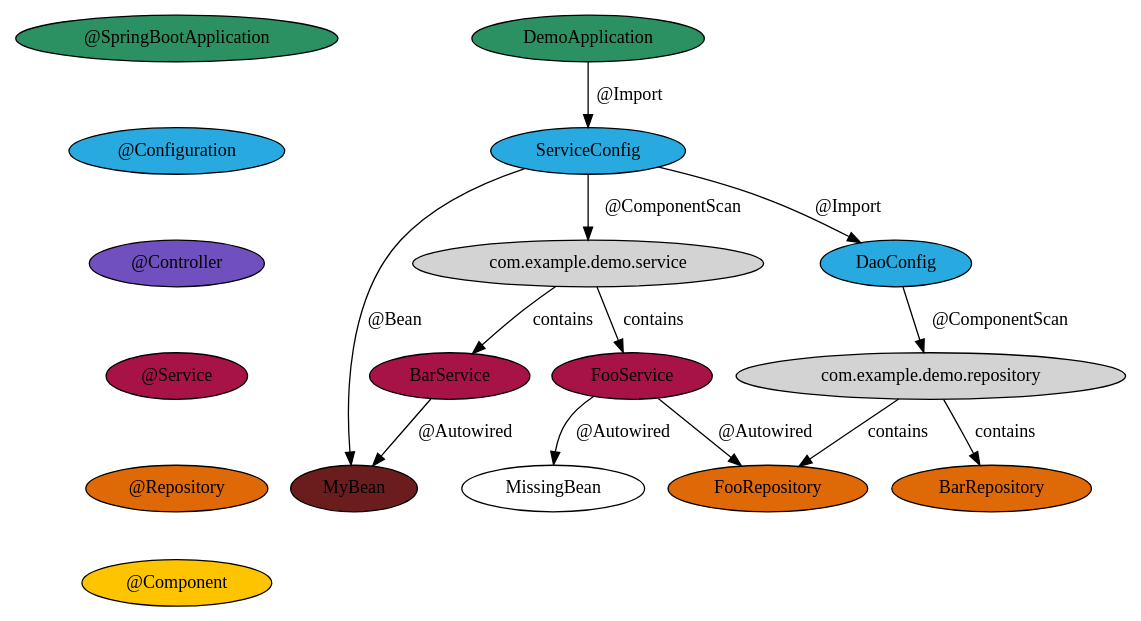
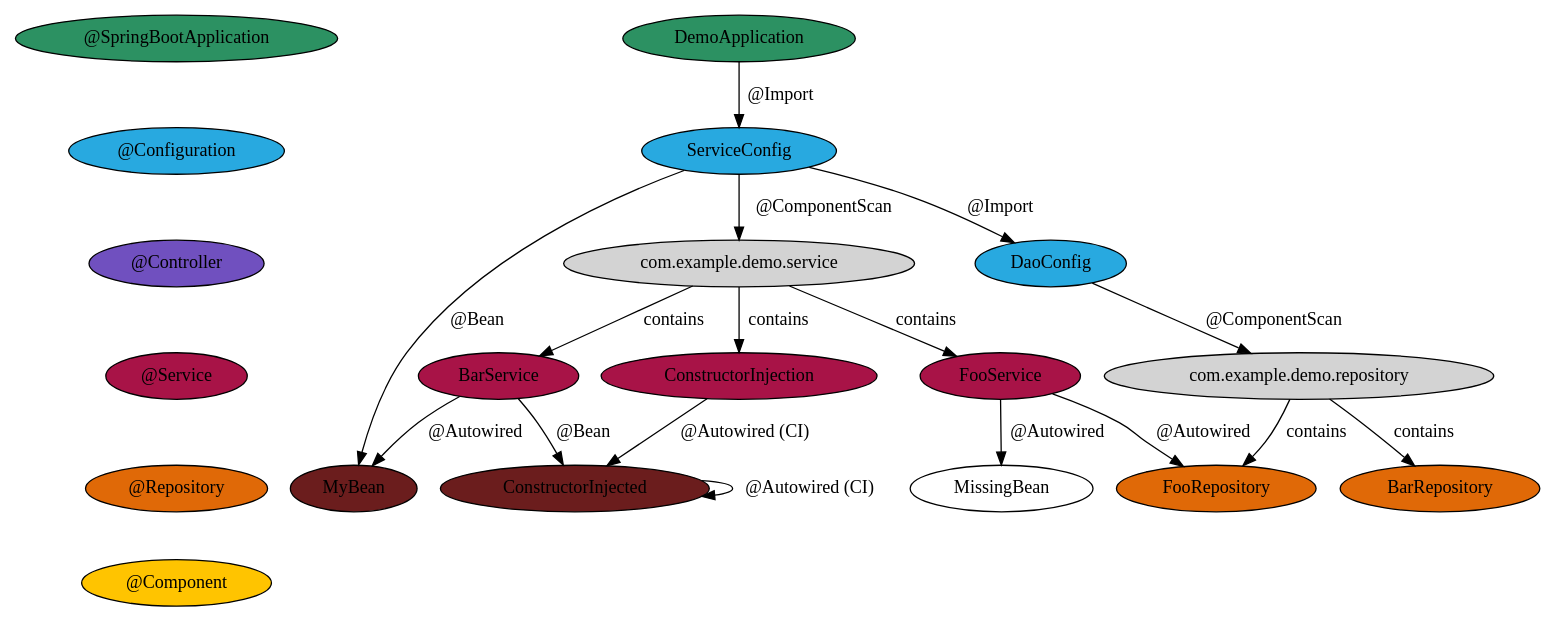
Before and after one commit to rudsvar/spring-visualizer: the diagram in demo/example.dot, drawn with Graphviz. The commit also changed 4 other files, not shown here.

Commit message:
Implement constructor injection properly

```diff
--- a/demo/example.dot
+++ b/demo/example.dot
@@ -1,39 +1,45 @@
 digraph Components {
     # Legend
     "@SpringBootApplication" [fillcolor="#2c9162",style=filled];
     "@Configuration" [fillcolor="#28a9e0",style=filled];
     "@Controller" [fillcolor="#7050bf",style=filled];
     "@Service" [fillcolor="#a81347",style=filled];
     "@Repository" [fillcolor="#e06907",style=filled];
     "@Component" [fillcolor="#ffc400",style=filled];
 
     # Align legend
     "@SpringBootApplication" -> "@Configuration" [style=invis];
     "@Configuration" -> "@Controller" [style=invis];
     "@Controller" -> "@Service" [style=invis];
     "@Service" -> "@Repository" [style=invis];
     "@Repository" -> "@Component" [style=invis];
 
     DemoApplication [fillcolor="#2c9162"style=filled];
     DemoApplication -> ServiceConfig [label="@Import"];
+    ConstructorInjection [fillcolor="#a81347"style=filled];
+    ConstructorInjection -> ConstructorInjected [label="@Autowired (CI)"];
     BarService [fillcolor="#a81347"style=filled];
     BarService -> MyBean [label="@Autowired"];
+    ConstructorInjected [fillcolor="#6b1d1d",style=filled];
+    BarService -> ConstructorInjected [label="@Bean"];
+    ConstructorInjected -> ConstructorInjected [label="@Autowired (CI)"];
     FooService [fillcolor="#a81347"style=filled];
     FooService -> MissingBean [label="@Autowired"];
     FooService -> FooRepository [label="@Autowired"];
     ServiceConfig [fillcolor="#28a9e0"style=filled];
     ServiceConfig -> DaoConfig [label="@Import"];
     "com.example.demo.service" [style=filled];
     "ServiceConfig" -> "com.example.demo.service" [label="@ComponentScan"];
+    "com.example.demo.service" -> ConstructorInjection [label=contains];
     "com.example.demo.service" -> BarService [label=contains];
     "com.example.demo.service" -> FooService [label=contains];
     MyBean [fillcolor="#6b1d1d",style=filled];
     ServiceConfig -> MyBean [label="@Bean"];
     BarRepository [fillcolor="#e06907"style=filled];
     FooRepository [fillcolor="#e06907"style=filled];
     DaoConfig [fillcolor="#28a9e0"style=filled];
     "com.example.demo.repository" [style=filled];
     "DaoConfig" -> "com.example.demo.repository" [label="@ComponentScan"];
     "com.example.demo.repository" -> BarRepository [label=contains];
     "com.example.demo.repository" -> FooRepository [label=contains];
 }
```
